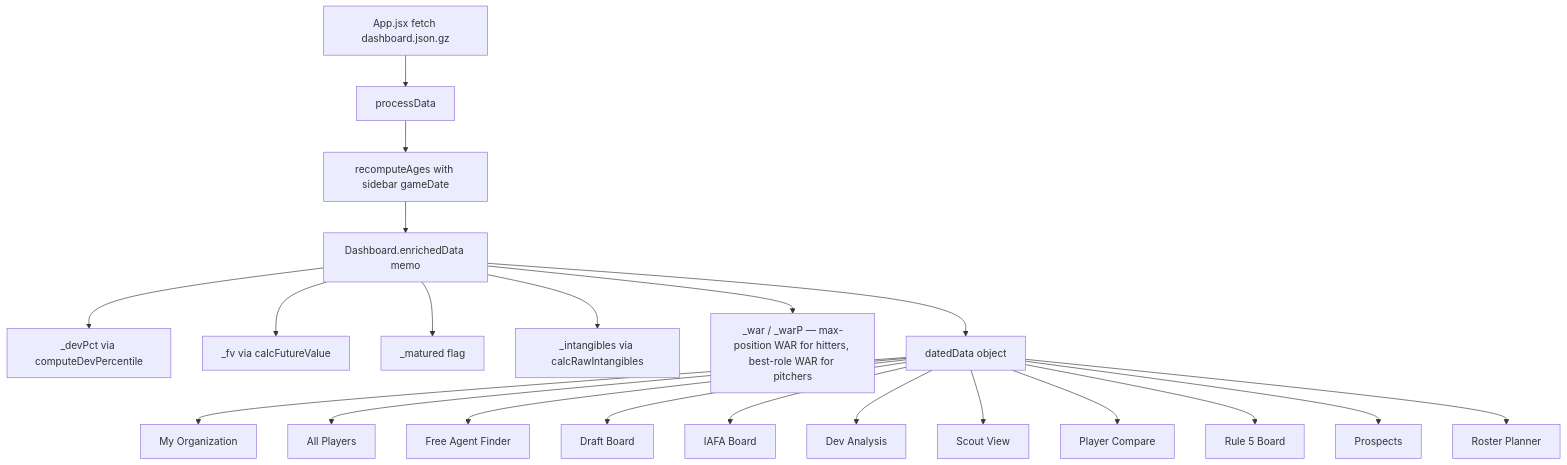
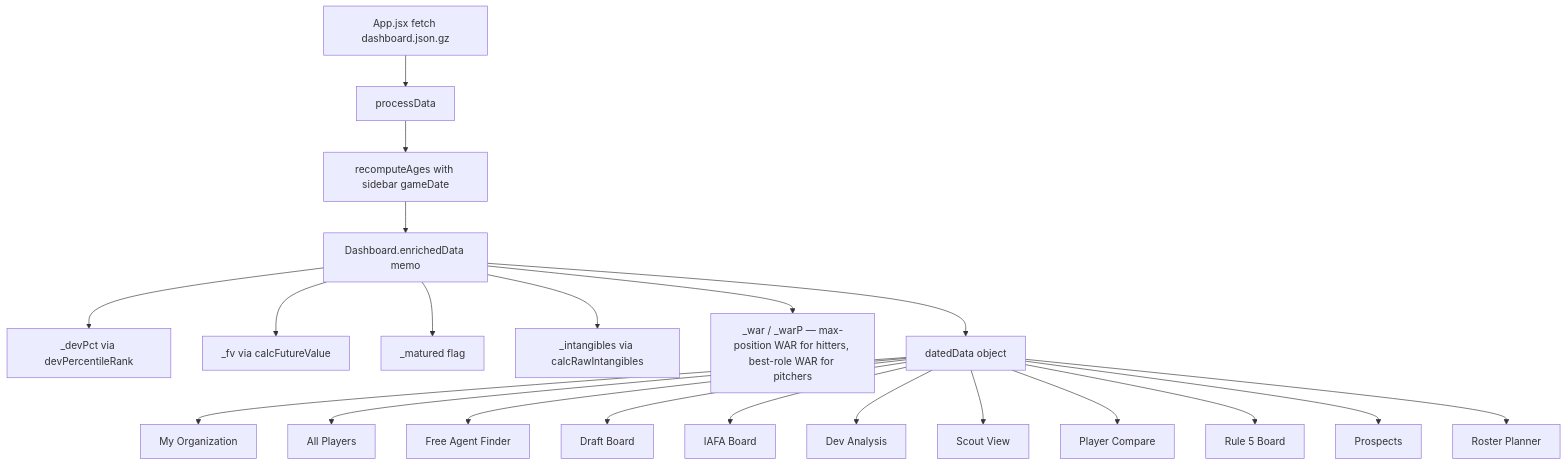
One commit to ootpalex/ootp-dashboard changed the second of 2 diagrams in docs/ARCHITECTURE.md. Above: the diagram before and after it, drawn with Mermaid. The commit also changed 3 other files, not shown here.

````diff
--- a/docs/ARCHITECTURE.md
+++ b/docs/ARCHITECTURE.md
@@ -60,23 +60,23 @@
 ```mermaid
 flowchart TD
   FETCH[App.jsx fetch dashboard.json.gz] --> PD[processData]
   PD --> RA[recomputeAges with sidebar gameDate]
   RA --> EN[Dashboard.enrichedData memo]
-  EN --> DP[_devPct via computeDevPercentile]
+  EN --> DP[_devPct via devPercentileRank]
   EN --> FV[_fv via calcFutureValue]
   EN --> MAT[_matured flag]
   EN --> INT[_intangibles via calcRawIntangibles]
   EN --> WAR[_war / _warP — max-position WAR for hitters, best-role WAR for pitchers]
   EN --> DD[datedData object]
   DD --> V1[My Organization]
   DD --> V2[All Players]
   DD --> V3[Free Agent Finder]
   DD --> V4[Draft Board]
   DD --> V5[IAFA Board]
   DD --> V6[Dev Analysis]
   DD --> V7[Scout View]
   DD --> V8[Player Compare]
   DD --> V9[Rule 5 Board]
   DD --> V10[Prospects]
   DD --> V11[Roster Planner]
 ```
````
